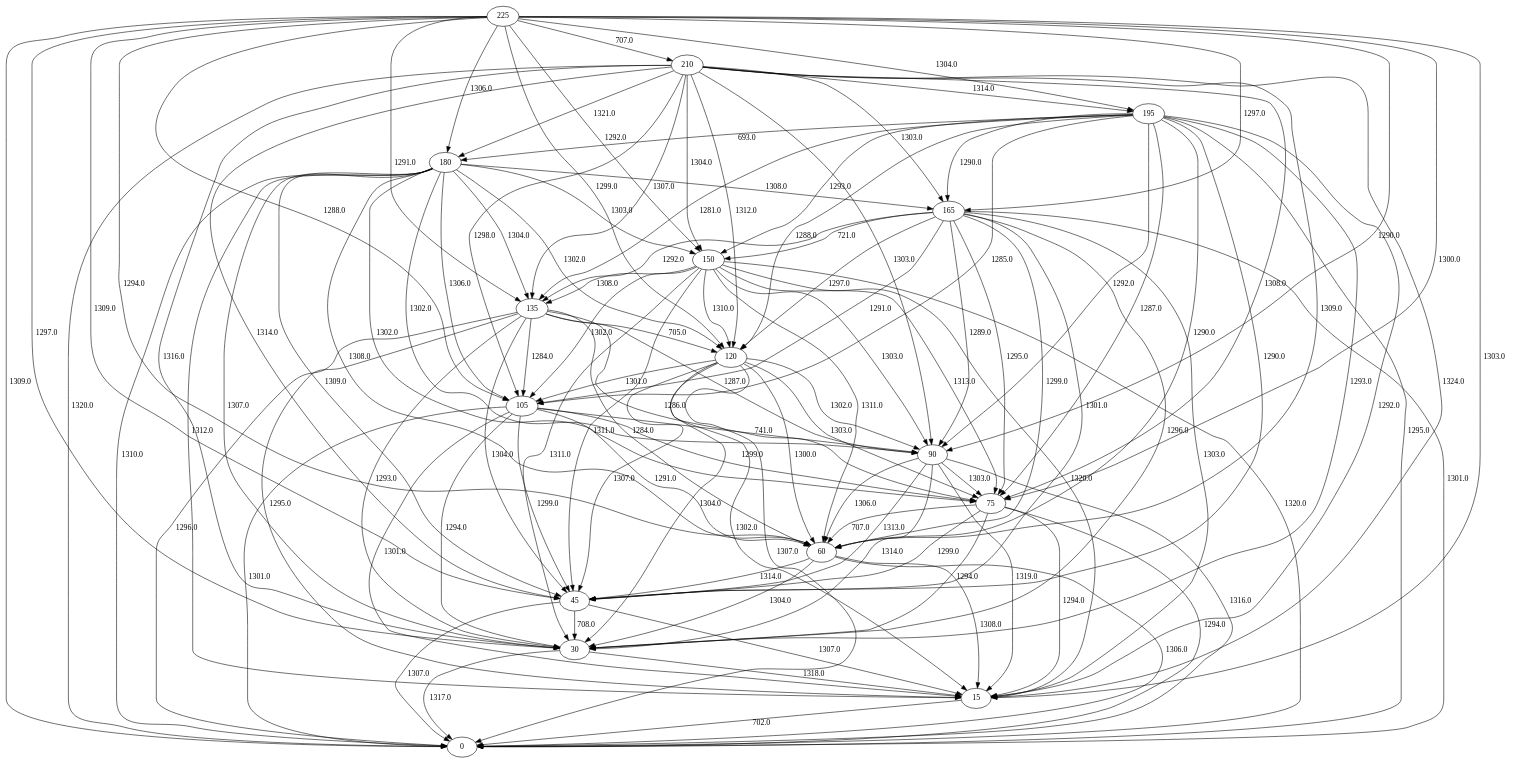
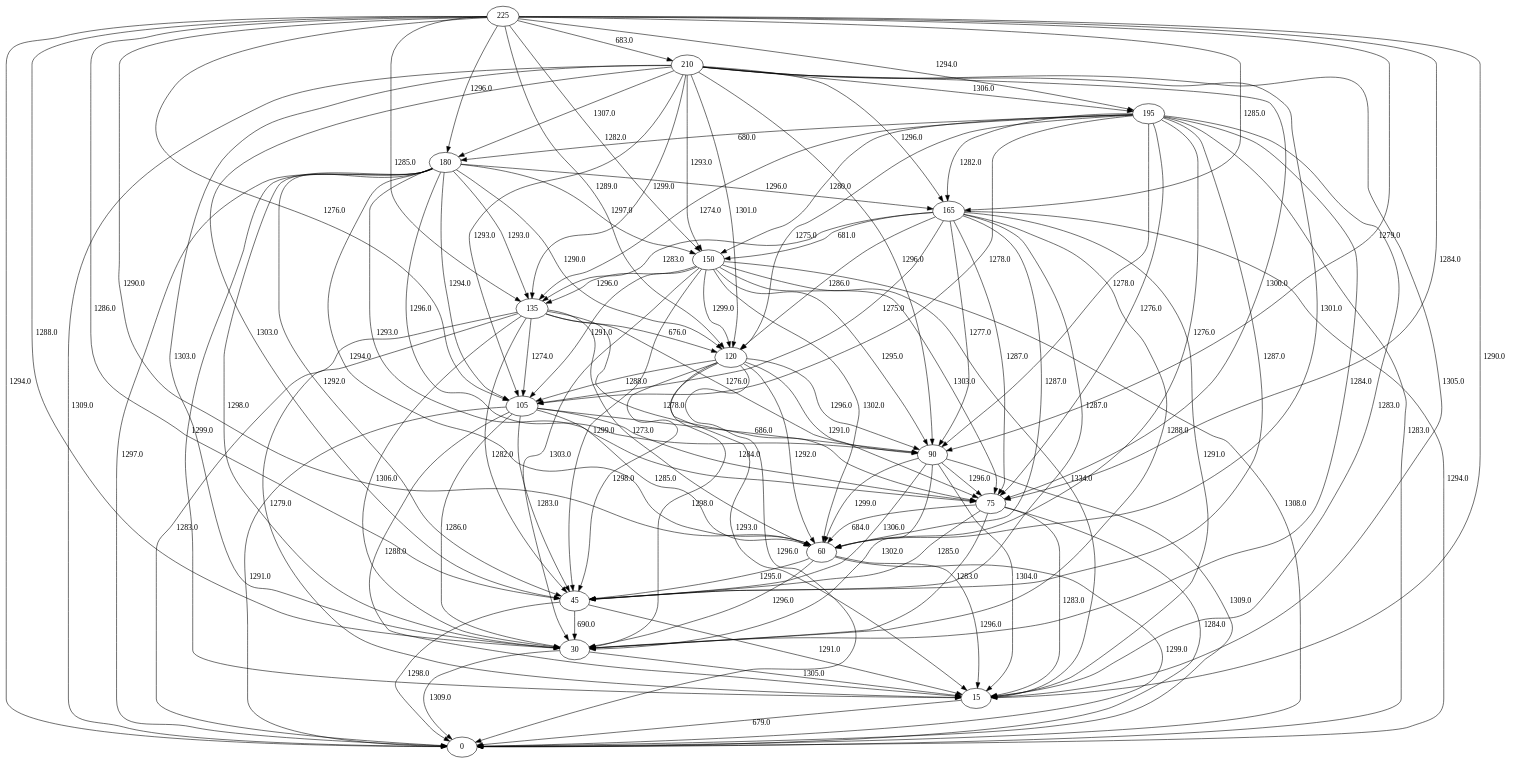
The diagram in graphs/cluster_numa.dot (libsmelt/Simulator), drawn with Graphviz before and after one commit. The commit also changed 27 other files, not shown here.

Commit message:
adding smaug graphs

```diff
--- a/graphs/cluster_numa.dot
+++ b/graphs/cluster_numa.dot
@@ -1,138 +1,138 @@
 digraph graphname {
 0;
 225;
 195;
 165;
 135;
 105;
 75;
 45;
 15;
 210;
 180;
 150;
 120;
 90;
 60;
 30;
-225 -> 0  [weight="1309.0", label="1309.0"];
-225 -> 15  [weight="1303.0", label="1303.0"];
-225 -> 30  [weight="1297.0", label="1297.0"];
-225 -> 45  [weight="1309.0", label="1309.0"];
-225 -> 60  [weight="1294.0", label="1294.0"];
-225 -> 75  [weight="1300.0", label="1300.0"];
-225 -> 90  [weight="1290.0", label="1290.0"];
-225 -> 105  [weight="1288.0", label="1288.0"];
-225 -> 120  [weight="1299.0", label="1299.0"];
-225 -> 135  [weight="1291.0", label="1291.0"];
-225 -> 150  [weight="1292.0", label="1292.0"];
-225 -> 165  [weight="1297.0", label="1297.0"];
-225 -> 180  [weight="1306.0", label="1306.0"];
-225 -> 195  [weight="1304.0", label="1304.0"];
-225 -> 210  [weight="707.0", label="707.0"];
-195 -> 0  [weight="1295.0", label="1295.0"];
-195 -> 15  [weight="1292.0", label="1292.0"];
-195 -> 30  [weight="1293.0", label="1293.0"];
-195 -> 45  [weight="1290.0", label="1290.0"];
-195 -> 60  [weight="1290.0", label="1290.0"];
-195 -> 75  [weight="1287.0", label="1287.0"];
-195 -> 90  [weight="1292.0", label="1292.0"];
-195 -> 105  [weight="1285.0", label="1285.0"];
-195 -> 120  [weight="1288.0", label="1288.0"];
-195 -> 135  [weight="1281.0", label="1281.0"];
-195 -> 150  [weight="1293.0", label="1293.0"];
-195 -> 165  [weight="1290.0", label="1290.0"];
-195 -> 180  [weight="693.0", label="693.0"];
-165 -> 0  [weight="1301.0", label="1301.0"];
-165 -> 15  [weight="1303.0", label="1303.0"];
-165 -> 30  [weight="1296.0", label="1296.0"];
-165 -> 45  [weight="1301.0", label="1301.0"];
-165 -> 60  [weight="1299.0", label="1299.0"];
-165 -> 75  [weight="1295.0", label="1295.0"];
-165 -> 90  [weight="1289.0", label="1289.0"];
-165 -> 105  [weight="1291.0", label="1291.0"];
-165 -> 120  [weight="1297.0", label="1297.0"];
-165 -> 135  [weight="1292.0", label="1292.0"];
-165 -> 150  [weight="721.0", label="721.0"];
-135 -> 0  [weight="1296.0", label="1296.0"];
-135 -> 15  [weight="1295.0", label="1295.0"];
-135 -> 30  [weight="1293.0", label="1293.0"];
-135 -> 45  [weight="1304.0", label="1304.0"];
-135 -> 60  [weight="1284.0", label="1284.0"];
-135 -> 75  [weight="1286.0", label="1286.0"];
-135 -> 90  [weight="1287.0", label="1287.0"];
-135 -> 105  [weight="1284.0", label="1284.0"];
-135 -> 120  [weight="705.0", label="705.0"];
-105 -> 0  [weight="1301.0", label="1301.0"];
-105 -> 15  [weight="1301.0", label="1301.0"];
-105 -> 30  [weight="1294.0", label="1294.0"];
-105 -> 45  [weight="1299.0", label="1299.0"];
-105 -> 60  [weight="1291.0", label="1291.0"];
-105 -> 75  [weight="1299.0", label="1299.0"];
-105 -> 90  [weight="741.0", label="741.0"];
-75 -> 0  [weight="1294.0", label="1294.0"];
-75 -> 15  [weight="1294.0", label="1294.0"];
-75 -> 30  [weight="1294.0", label="1294.0"];
-75 -> 45  [weight="1299.0", label="1299.0"];
-75 -> 60  [weight="707.0", label="707.0"];
-45 -> 0  [weight="1307.0", label="1307.0"];
-45 -> 15  [weight="1307.0", label="1307.0"];
-45 -> 30  [weight="708.0", label="708.0"];
-15 -> 0  [weight="702.0", label="702.0"];
-210 -> 0  [weight="1320.0", label="1320.0"];
-210 -> 15  [weight="1324.0", label="1324.0"];
-210 -> 30  [weight="1316.0", label="1316.0"];
-210 -> 45  [weight="1314.0", label="1314.0"];
-210 -> 60  [weight="1309.0", label="1309.0"];
-210 -> 75  [weight="1308.0", label="1308.0"];
-210 -> 90  [weight="1303.0", label="1303.0"];
-210 -> 105  [weight="1298.0", label="1298.0"];
-210 -> 120  [weight="1312.0", label="1312.0"];
-210 -> 135  [weight="1307.0", label="1307.0"];
-210 -> 150  [weight="1304.0", label="1304.0"];
-210 -> 165  [weight="1303.0", label="1303.0"];
-210 -> 180  [weight="1321.0", label="1321.0"];
-210 -> 195  [weight="1314.0", label="1314.0"];
-180 -> 0  [weight="1310.0", label="1310.0"];
-180 -> 15  [weight="1312.0", label="1312.0"];
-180 -> 30  [weight="1307.0", label="1307.0"];
-180 -> 45  [weight="1309.0", label="1309.0"];
-180 -> 60  [weight="1308.0", label="1308.0"];
-180 -> 75  [weight="1302.0", label="1302.0"];
-180 -> 90  [weight="1302.0", label="1302.0"];
-180 -> 105  [weight="1306.0", label="1306.0"];
-180 -> 120  [weight="1302.0", label="1302.0"];
-180 -> 135  [weight="1304.0", label="1304.0"];
-180 -> 150  [weight="1303.0", label="1303.0"];
-180 -> 165  [weight="1308.0", label="1308.0"];
-150 -> 0  [weight="1320.0", label="1320.0"];
-150 -> 15  [weight="1320.0", label="1320.0"];
-150 -> 30  [weight="1311.0", label="1311.0"];
-150 -> 45  [weight="1311.0", label="1311.0"];
-150 -> 60  [weight="1311.0", label="1311.0"];
-150 -> 75  [weight="1313.0", label="1313.0"];
-150 -> 90  [weight="1303.0", label="1303.0"];
-150 -> 105  [weight="1302.0", label="1302.0"];
-150 -> 120  [weight="1310.0", label="1310.0"];
-150 -> 135  [weight="1308.0", label="1308.0"];
-120 -> 0  [weight="1307.0", label="1307.0"];
-120 -> 15  [weight="1302.0", label="1302.0"];
-120 -> 30  [weight="1304.0", label="1304.0"];
-120 -> 45  [weight="1307.0", label="1307.0"];
-120 -> 60  [weight="1300.0", label="1300.0"];
-120 -> 75  [weight="1303.0", label="1303.0"];
-120 -> 90  [weight="1302.0", label="1302.0"];
-120 -> 105  [weight="1301.0", label="1301.0"];
-90 -> 0  [weight="1316.0", label="1316.0"];
-90 -> 15  [weight="1319.0", label="1319.0"];
-90 -> 30  [weight="1314.0", label="1314.0"];
-90 -> 45  [weight="1313.0", label="1313.0"];
-90 -> 60  [weight="1306.0", label="1306.0"];
-90 -> 75  [weight="1303.0", label="1303.0"];
-60 -> 0  [weight="1306.0", label="1306.0"];
-60 -> 15  [weight="1308.0", label="1308.0"];
-60 -> 30  [weight="1304.0", label="1304.0"];
-60 -> 45  [weight="1314.0", label="1314.0"];
-30 -> 0  [weight="1317.0", label="1317.0"];
-30 -> 15  [weight="1318.0", label="1318.0"];
+225 -> 0  [weight="1294.0", label="1294.0"];
+225 -> 15  [weight="1290.0", label="1290.0"];
+225 -> 30  [weight="1288.0", label="1288.0"];
+225 -> 45  [weight="1286.0", label="1286.0"];
+225 -> 60  [weight="1290.0", label="1290.0"];
+225 -> 75  [weight="1284.0", label="1284.0"];
+225 -> 90  [weight="1279.0", label="1279.0"];
+225 -> 105  [weight="1276.0", label="1276.0"];
+225 -> 120  [weight="1289.0", label="1289.0"];
+225 -> 135  [weight="1285.0", label="1285.0"];
+225 -> 150  [weight="1282.0", label="1282.0"];
+225 -> 165  [weight="1285.0", label="1285.0"];
+225 -> 180  [weight="1296.0", label="1296.0"];
+225 -> 195  [weight="1294.0", label="1294.0"];
+225 -> 210  [weight="683.0", label="683.0"];
+195 -> 0  [weight="1283.0", label="1283.0"];
+195 -> 15  [weight="1283.0", label="1283.0"];
+195 -> 30  [weight="1284.0", label="1284.0"];
+195 -> 45  [weight="1287.0", label="1287.0"];
+195 -> 60  [weight="1276.0", label="1276.0"];
+195 -> 75  [weight="1276.0", label="1276.0"];
+195 -> 90  [weight="1278.0", label="1278.0"];
+195 -> 105  [weight="1278.0", label="1278.0"];
+195 -> 120  [weight="1275.0", label="1275.0"];
+195 -> 135  [weight="1274.0", label="1274.0"];
+195 -> 150  [weight="1280.0", label="1280.0"];
+195 -> 165  [weight="1282.0", label="1282.0"];
+195 -> 180  [weight="680.0", label="680.0"];
+165 -> 0  [weight="1294.0", label="1294.0"];
+165 -> 15  [weight="1291.0", label="1291.0"];
+165 -> 30  [weight="1288.0", label="1288.0"];
+165 -> 45  [weight="1287.0", label="1287.0"];
+165 -> 60  [weight="1287.0", label="1287.0"];
+165 -> 75  [weight="1287.0", label="1287.0"];
+165 -> 90  [weight="1277.0", label="1277.0"];
+165 -> 105  [weight="1275.0", label="1275.0"];
+165 -> 120  [weight="1286.0", label="1286.0"];
+165 -> 135  [weight="1283.0", label="1283.0"];
+165 -> 150  [weight="681.0", label="681.0"];
+135 -> 0  [weight="1283.0", label="1283.0"];
+135 -> 15  [weight="1279.0", label="1279.0"];
+135 -> 30  [weight="1306.0", label="1306.0"];
+135 -> 45  [weight="1282.0", label="1282.0"];
+135 -> 60  [weight="1273.0", label="1273.0"];
+135 -> 75  [weight="1278.0", label="1278.0"];
+135 -> 90  [weight="1276.0", label="1276.0"];
+135 -> 105  [weight="1274.0", label="1274.0"];
+135 -> 120  [weight="676.0", label="676.0"];
+105 -> 0  [weight="1291.0", label="1291.0"];
+105 -> 15  [weight="1288.0", label="1288.0"];
+105 -> 30  [weight="1286.0", label="1286.0"];
+105 -> 45  [weight="1283.0", label="1283.0"];
+105 -> 60  [weight="1285.0", label="1285.0"];
+105 -> 75  [weight="1284.0", label="1284.0"];
+105 -> 90  [weight="686.0", label="686.0"];
+75 -> 0  [weight="1284.0", label="1284.0"];
+75 -> 15  [weight="1283.0", label="1283.0"];
+75 -> 30  [weight="1283.0", label="1283.0"];
+75 -> 45  [weight="1285.0", label="1285.0"];
+75 -> 60  [weight="684.0", label="684.0"];
+45 -> 0  [weight="1298.0", label="1298.0"];
+45 -> 15  [weight="1291.0", label="1291.0"];
+45 -> 30  [weight="690.0", label="690.0"];
+15 -> 0  [weight="679.0", label="679.0"];
+210 -> 0  [weight="1309.0", label="1309.0"];
+210 -> 15  [weight="1305.0", label="1305.0"];
+210 -> 30  [weight="1303.0", label="1303.0"];
+210 -> 45  [weight="1303.0", label="1303.0"];
+210 -> 60  [weight="1301.0", label="1301.0"];
+210 -> 75  [weight="1300.0", label="1300.0"];
+210 -> 90  [weight="1296.0", label="1296.0"];
+210 -> 105  [weight="1293.0", label="1293.0"];
+210 -> 120  [weight="1301.0", label="1301.0"];
+210 -> 135  [weight="1299.0", label="1299.0"];
+210 -> 150  [weight="1293.0", label="1293.0"];
+210 -> 165  [weight="1296.0", label="1296.0"];
+210 -> 180  [weight="1307.0", label="1307.0"];
+210 -> 195  [weight="1306.0", label="1306.0"];
+180 -> 0  [weight="1297.0", label="1297.0"];
+180 -> 15  [weight="1299.0", label="1299.0"];
+180 -> 30  [weight="1298.0", label="1298.0"];
+180 -> 45  [weight="1292.0", label="1292.0"];
+180 -> 60  [weight="1294.0", label="1294.0"];
+180 -> 75  [weight="1293.0", label="1293.0"];
+180 -> 90  [weight="1296.0", label="1296.0"];
+180 -> 105  [weight="1294.0", label="1294.0"];
+180 -> 120  [weight="1290.0", label="1290.0"];
+180 -> 135  [weight="1293.0", label="1293.0"];
+180 -> 150  [weight="1297.0", label="1297.0"];
+180 -> 165  [weight="1296.0", label="1296.0"];
+150 -> 0  [weight="1308.0", label="1308.0"];
+150 -> 15  [weight="1334.0", label="1334.0"];
+150 -> 30  [weight="1303.0", label="1303.0"];
+150 -> 45  [weight="1299.0", label="1299.0"];
+150 -> 60  [weight="1302.0", label="1302.0"];
+150 -> 75  [weight="1303.0", label="1303.0"];
+150 -> 90  [weight="1295.0", label="1295.0"];
+150 -> 105  [weight="1291.0", label="1291.0"];
+150 -> 120  [weight="1299.0", label="1299.0"];
+150 -> 135  [weight="1296.0", label="1296.0"];
+120 -> 0  [weight="1296.0", label="1296.0"];
+120 -> 15  [weight="1293.0", label="1293.0"];
+120 -> 30  [weight="1298.0", label="1298.0"];
+120 -> 45  [weight="1298.0", label="1298.0"];
+120 -> 60  [weight="1292.0", label="1292.0"];
+120 -> 75  [weight="1291.0", label="1291.0"];
+120 -> 90  [weight="1296.0", label="1296.0"];
+120 -> 105  [weight="1288.0", label="1288.0"];
+90 -> 0  [weight="1309.0", label="1309.0"];
+90 -> 15  [weight="1304.0", label="1304.0"];
+90 -> 30  [weight="1302.0", label="1302.0"];
+90 -> 45  [weight="1306.0", label="1306.0"];
+90 -> 60  [weight="1299.0", label="1299.0"];
+90 -> 75  [weight="1296.0", label="1296.0"];
+60 -> 0  [weight="1299.0", label="1299.0"];
+60 -> 15  [weight="1296.0", label="1296.0"];
+60 -> 30  [weight="1296.0", label="1296.0"];
+60 -> 45  [weight="1295.0", label="1295.0"];
+30 -> 0  [weight="1309.0", label="1309.0"];
+30 -> 15  [weight="1305.0", label="1305.0"];
 }
```
